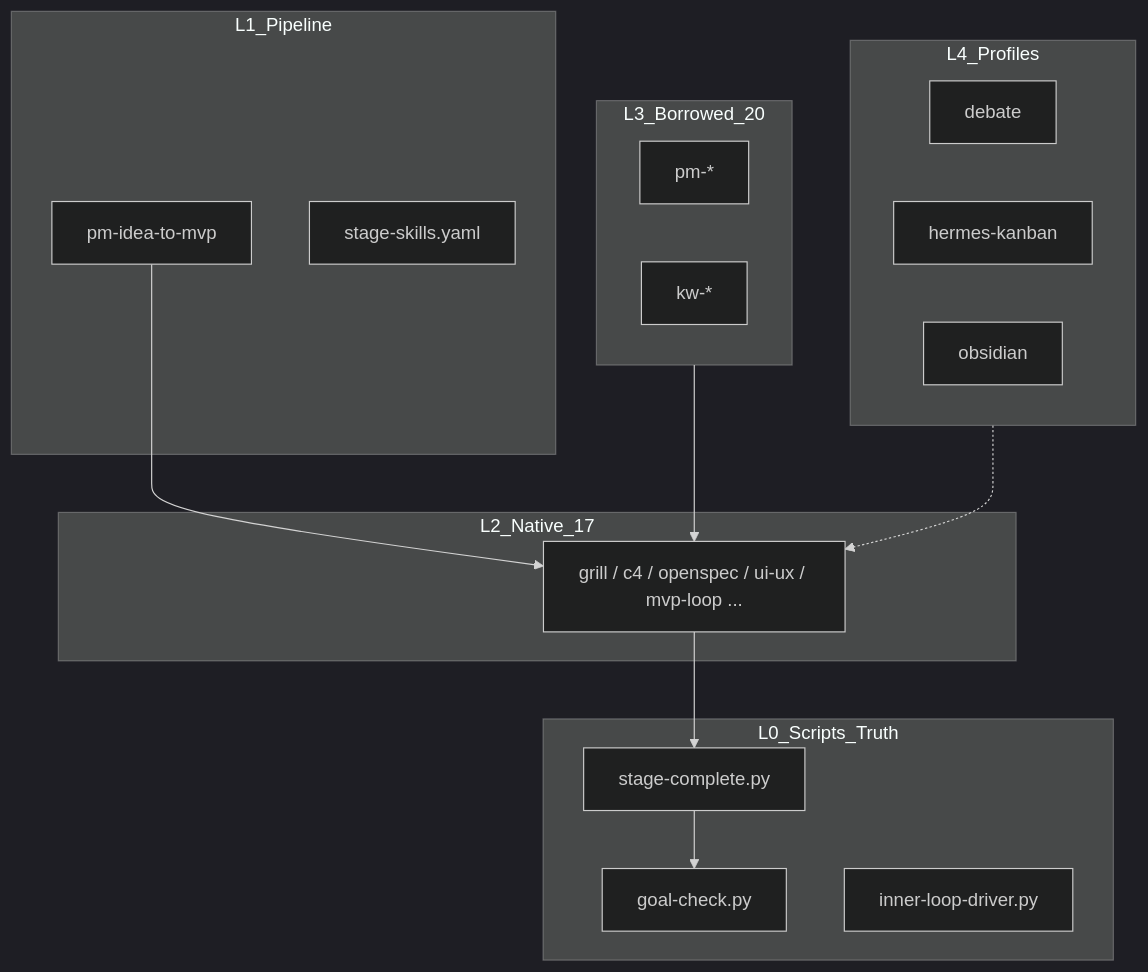
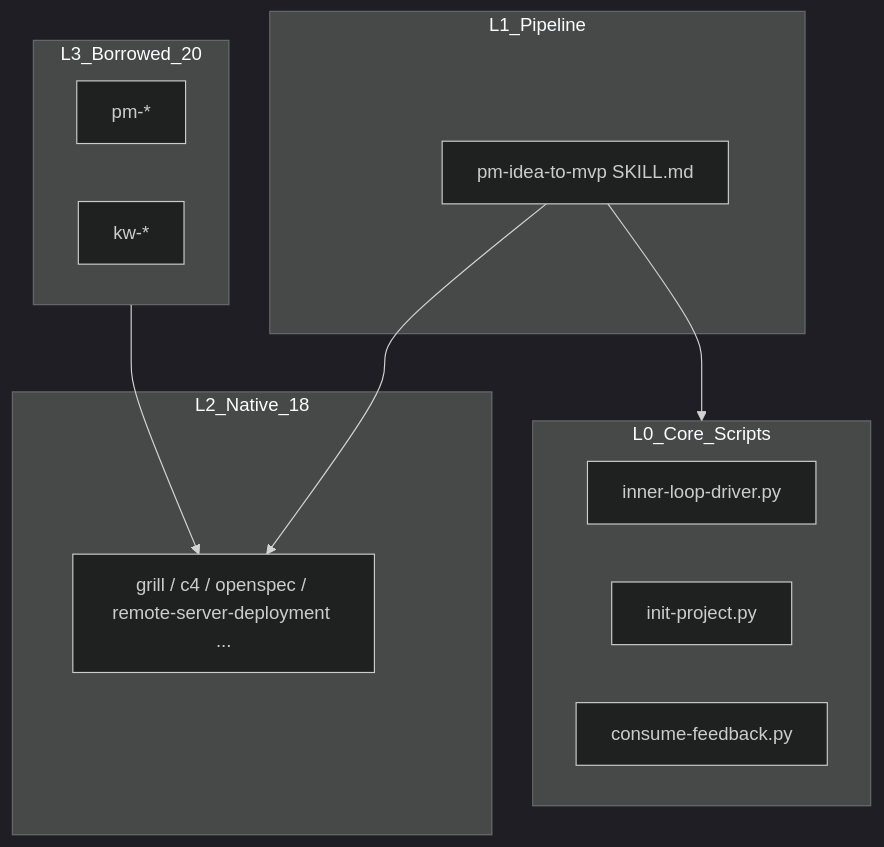
One commit to ttmens/ttmens-skills changed the first of 2 diagrams in README.md. Above: the diagram before and after it, drawn with Mermaid (dark theme). The commit also changed other lines of this file and 57 other files, not shown here.

First line of the commit message:
feat: pm-idea-to-mvp v9.1.0 — artifact-driven pipeline with align+ship checkpoints

````diff
--- a/README.md
+++ b/README.md
@@ -182,29 +168,21 @@
 ```mermaid
 flowchart TB
-  subgraph L0 [L0_Scripts_Truth]
-    SC[stage-complete.py]
-    GC[goal-check.py]
+  subgraph L0 [L0_Core_Scripts]
     IL[inner-loop-driver.py]
+    IP[init-project.py]
+    CF[consume-feedback.py]
   end
   subgraph L1 [L1_Pipeline]
-    PM[pm-idea-to-mvp]
-    SS[stage-skills.yaml]
+    PM[pm-idea-to-mvp SKILL.md]
   end
-  subgraph L2 [L2_Native_17]
-    Skills[grill / c4 / openspec / ui-ux / mvp-loop ...]
+  subgraph L2 [L2_Native_18]
+    Skills[grill / c4 / openspec / remote-server-deployment ...]
   end
   subgraph L3 [L3_Borrowed_20]
     Phuryn[pm-*]
     KW[kw-*]
   end
-  subgraph L4 [L4_Profiles]
-    Debate[debate]
-    Kanban[hermes-kanban]
-    Obs[obsidian]
-  end
   PM --> Skills
-  Skills --> SC
-  SC --> GC
+  PM --> L0
   L3 --> Skills
-  L4 -.-> Skills
 ```
````
